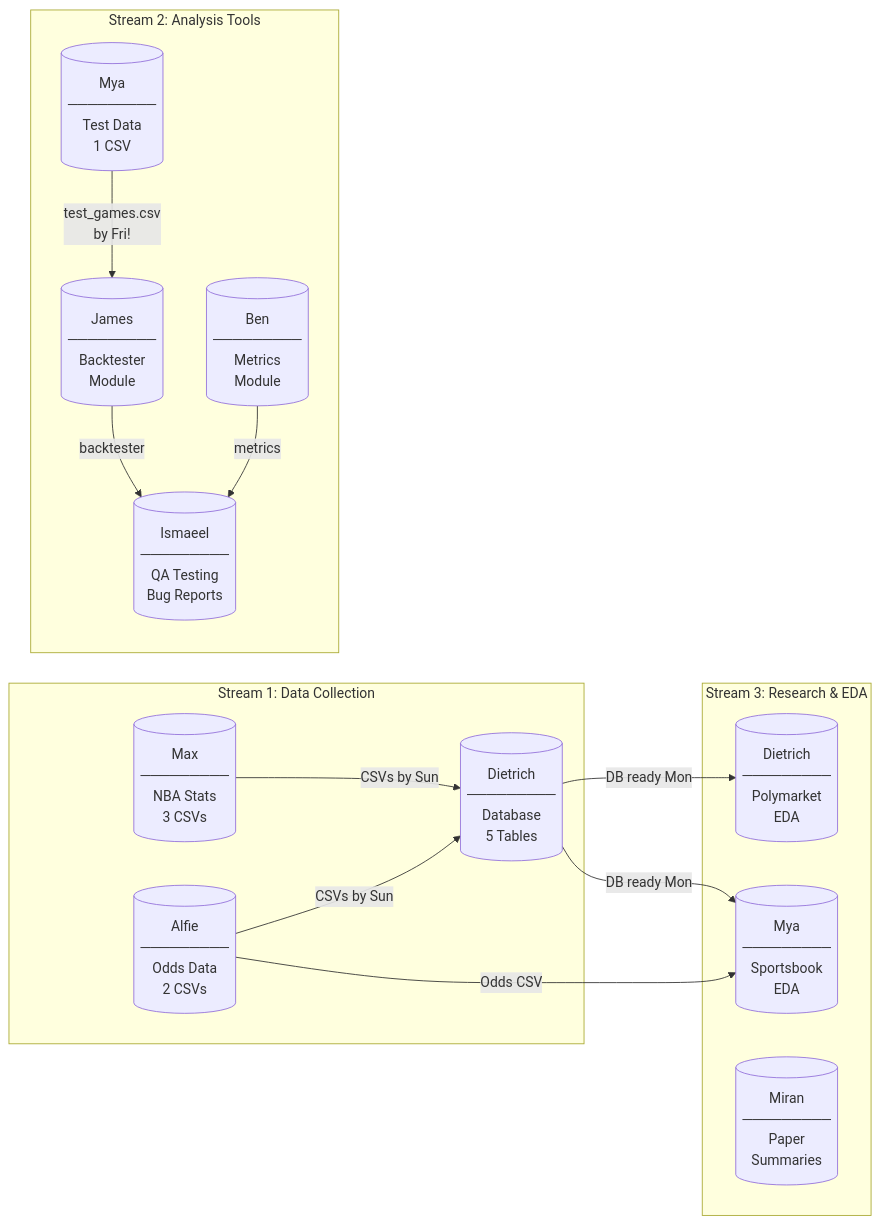
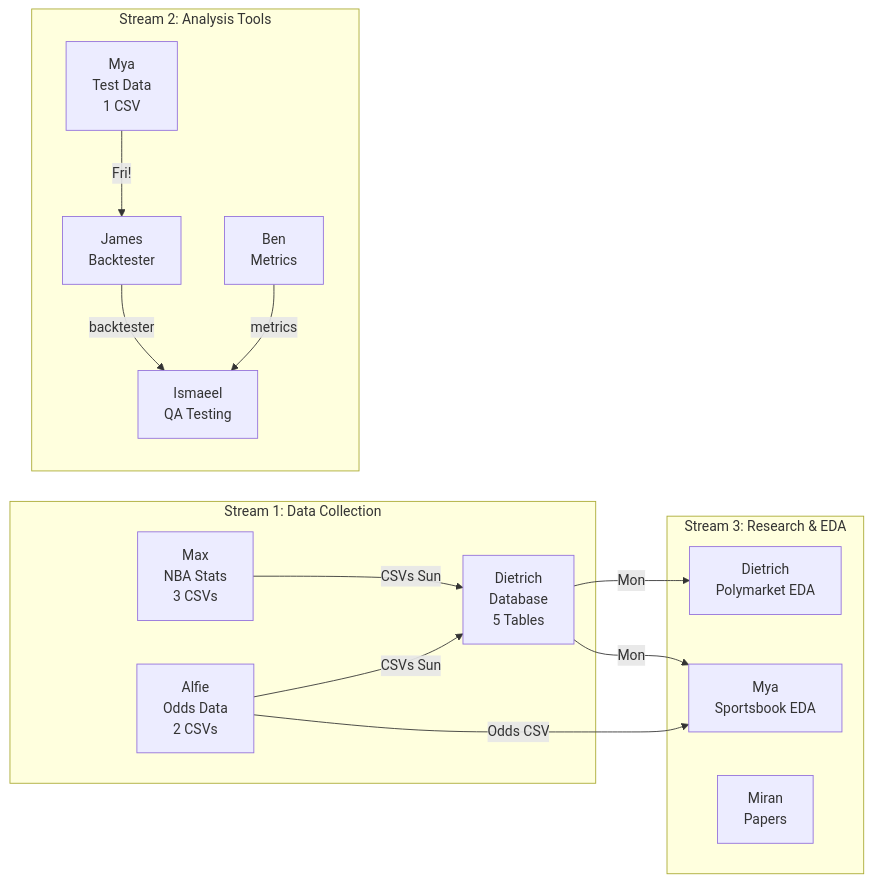
One commit to TanishqK27/CUIC_Sem2_Project changed the first of 5 diagrams in team/CURRENT_WEEK.md. Above: the diagram before and after it, drawn with Mermaid. The commit also changed other lines of this file, not shown here.

First line of the commit message:
fix: Mermaid diagram syntax errors

````diff
--- a/team/CURRENT_WEEK.md
+++ b/team/CURRENT_WEEK.md
@@ -12,30 +12,30 @@
 ```mermaid
 flowchart LR
     subgraph Stream1["Stream 1: Data Collection"]
-        MAX[("Max\n─────────\nNBA Stats\n3 CSVs")]
-        ALFIE[("Alfie\n─────────\nOdds Data\n2 CSVs")]
-        DIETRICH_DB[("Dietrich\n─────────\nDatabase\n5 Tables")]
+        MAX["Max<br/>NBA Stats<br/>3 CSVs"]
+        ALFIE["Alfie<br/>Odds Data<br/>2 CSVs"]
+        DIETRICH_DB["Dietrich<br/>Database<br/>5 Tables"]
     end
 
     subgraph Stream2["Stream 2: Analysis Tools"]
-        MYA_TEST[("Mya\n─────────\nTest Data\n1 CSV")]
-        JAMES[("James\n─────────\nBacktester\nModule")]
-        BEN[("Ben\n─────────\nMetrics\nModule")]
-        ISAMEEL[("Ismaeel\n─────────\nQA Testing\nBug Reports")]
+        MYA_TEST["Mya<br/>Test Data<br/>1 CSV"]
+        JAMES["James<br/>Backtester"]
+        BEN["Ben<br/>Metrics"]
+        ISMAEEL["Ismaeel<br/>QA Testing"]
     end
 
     subgraph Stream3["Stream 3: Research & EDA"]
-        DIETRICH_EDA[("Dietrich\n─────────\nPolymarket\nEDA")]
-        MYA_EDA[("Mya\n─────────\nSportsbook\nEDA")]
-        MIRAN[("Miran\n─────────\nPaper\nSummaries")]
+        DIETRICH_EDA["Dietrich<br/>Polymarket EDA"]
+        MYA_EDA["Mya<br/>Sportsbook EDA"]
+        MIRAN["Miran<br/>Papers"]
     end
 
-    MAX -->|"CSVs by Sun"| DIETRICH_DB
-    ALFIE -->|"CSVs by Sun"| DIETRICH_DB
+    MAX -->|"CSVs Sun"| DIETRICH_DB
+    ALFIE -->|"CSVs Sun"| DIETRICH_DB
     ALFIE -->|"Odds CSV"| MYA_EDA
-    MYA_TEST -->|"test_games.csv\nby Fri!"| JAMES
-    JAMES -->|"backtester"| ISAMEEL
-    BEN -->|"metrics"| ISAMEEL
-    DIETRICH_DB -->|"DB ready Mon"| DIETRICH_EDA
-    DIETRICH_DB -->|"DB ready Mon"| MYA_EDA
+    MYA_TEST -->|"Fri!"| JAMES
+    JAMES -->|"backtester"| ISMAEEL
+    BEN -->|"metrics"| ISMAEEL
+    DIETRICH_DB -->|"Mon"| DIETRICH_EDA
+    DIETRICH_DB -->|"Mon"| MYA_EDA
 ```
````
